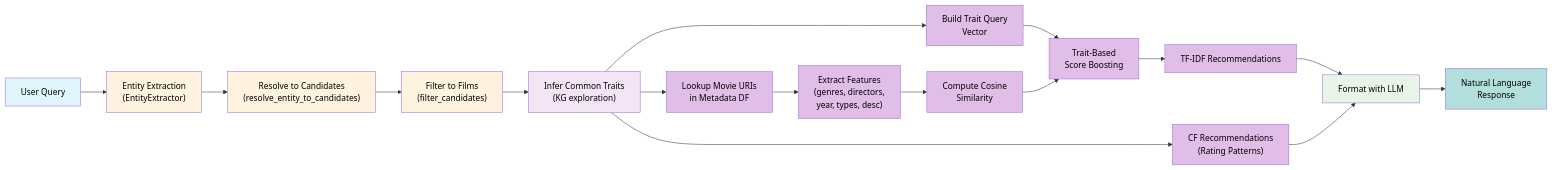
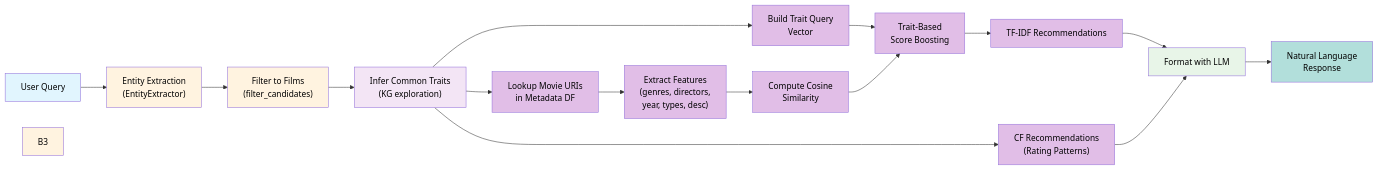
One commit to schneialexan/atai-chatbot changed the seventh of 8 diagrams in README.md. Above: the diagram before and after it, drawn with Mermaid.

Commit message:
graph update

````diff
--- a/README.md
+++ b/README.md
@@ -484,35 +484,34 @@
 ```mermaid
 flowchart LR
     A["User Query"] --> B1["Entity Extraction<br>(EntityExtractor)"]
-    B1 --> B2["Resolve to Candidates<br>(resolve_entity_to_candidates)"]
-    B2 --> B3["Filter to Films<br>(filter_candidates)"]
-    B3 --> C["Infer Common Traits<br>(KG exploration)"]
+    B1 --> B2["Filter to Films<br>(filter_candidates)"]
+    B2 --> C["Infer Common Traits<br>(KG exploration)"]
     
     C --> D1["Lookup Movie URIs<br>in Metadata DF"]
     D1 --> D2["Extract Features<br>(genres, directors,<br>year, types, desc)"]
     D2 --> D3["Compute Cosine<br>Similarity"]
     C --> D4["Build Trait Query<br>Vector"]
     D4 --> D5["Trait-Based<br>Score Boosting"]
     D3 --> D5
     D5 --> D["TF-IDF Recommendations"]
     
     C --> E["CF Recommendations<br>(Rating Patterns)"]
     D --> F["Format with LLM"]
     E --> F
     F --> G["Natural Language<br>Response"]
     
     style A fill:#e1f5fe,color:#000000
     style B1 fill:#fff3e0,color:#000000
     style B2 fill:#fff3e0,color:#000000
     style B3 fill:#fff3e0,color:#000000
     style C fill:#f3e5f5,color:#000000
     style D1 fill:#e1bee7,color:#000000
     style D2 fill:#e1bee7,color:#000000
     style D3 fill:#e1bee7,color:#000000
     style D4 fill:#e1bee7,color:#000000
     style D5 fill:#e1bee7,color:#000000
     style D fill:#e1bee7,color:#000000
     style E fill:#e1bee7,color:#000000
     style F fill:#e8f5e8,color:#000000
     style G fill:#b2dfdb,color:#000000
 ```
````
